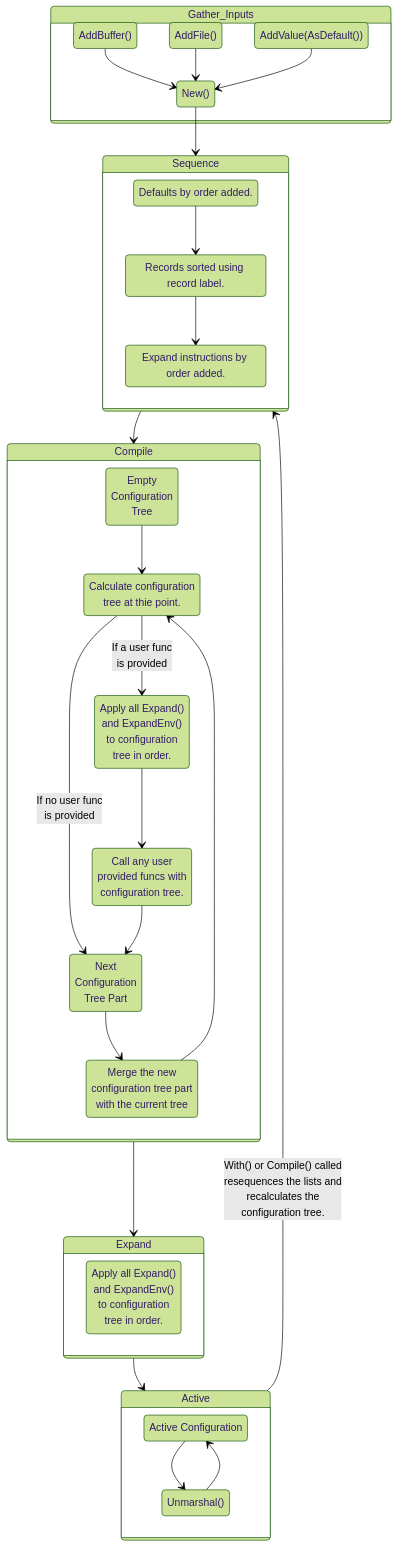
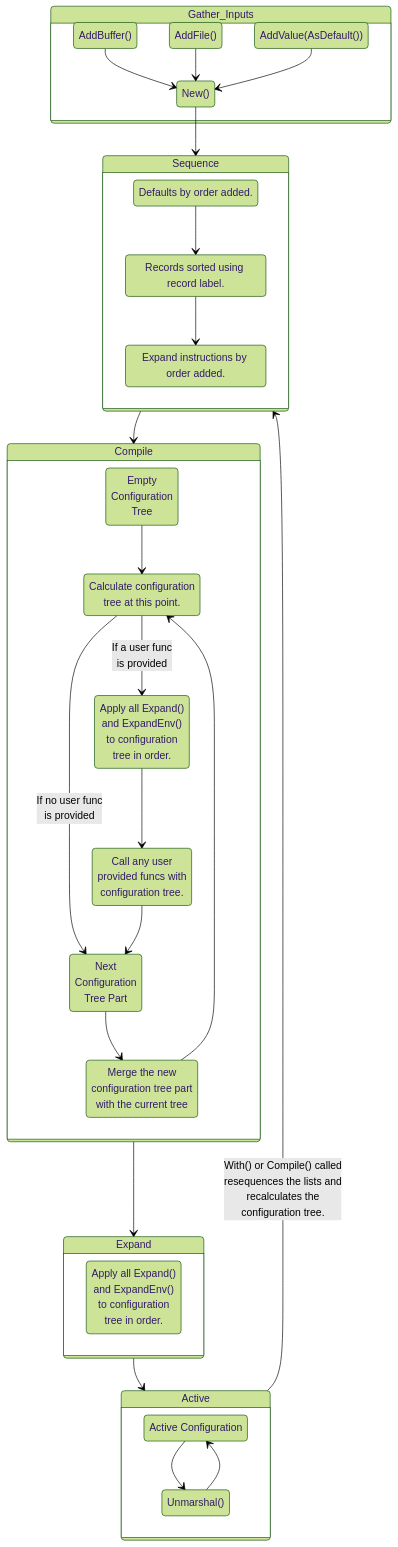
Before and after one commit to schmidtw/goschtalt: the diagram in README.md, drawn with Mermaid (forest theme). The commit also changed other lines of this file, not shown here.

````diff
--- a/README.md
+++ b/README.md
@@ -28,55 +69,55 @@
 ```mermaid
 stateDiagram-v2
     direction TB
 
     state Gather_Inputs {
         direction TB
         AddBuffer() --> New()
         AddFile() --> New()
         AddValue(AsDefault()) --> New()
     }
 
     state Sequence {
         direction TB
         Defaults:Defaults by order added.
         Records:Records sorted using record label.
         ex:Expand instructions by order added.
 
         Defaults --> Records
         Records --> ex
     }
 
     state Compile {
-        calc:Calculate configuration<br/>tree at thie point.
+        calc:Calculate configuration<br/>tree at this point.
         eval:Apply all Expand()<br/>and ExpandEnv()<br/>to configuration<br/>tree in order.
         fetch:Call any user<br/>provided funcs with<br/>configuration tree.
         next:Next<br/>Configuration<br/>Tree Part
         merge:Merge the new<br/>configuration tree part<br/>with the current tree
         Empty:Empty<br/>Configuration<br/>Tree
 
 
         Empty --> calc
         calc --> eval:If a user func<br/>is provided
         calc --> next:If no user func<br/>is provided
         eval --> fetch
         fetch --> next
         next --> merge
         merge --> calc
     }
 
     state Expand {
         exp:Apply all Expand()<br/>and ExpandEnv()<br/>to configuration<br/>tree in order.
     }
 
     state Active {
         active:Active Configuration
         unmarshal:Unmarshal()
         active --> unmarshal
         unmarshal --> active
     }
     New() --> Sequence
     Sequence --> Compile
     Compile --> Expand
     Expand --> Active
     Active --> Sequence:With() or Compile() called<br/>resequences the lists and<br/>recalculates the <br/>configuration tree.
 ```
````
